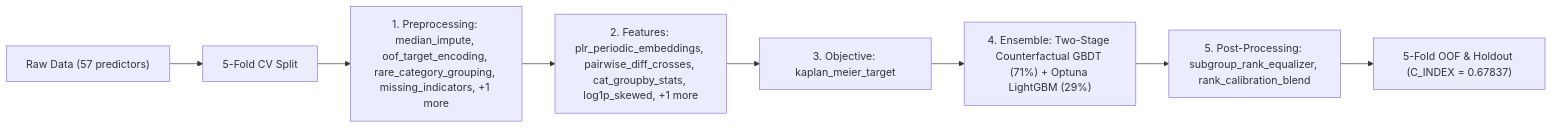
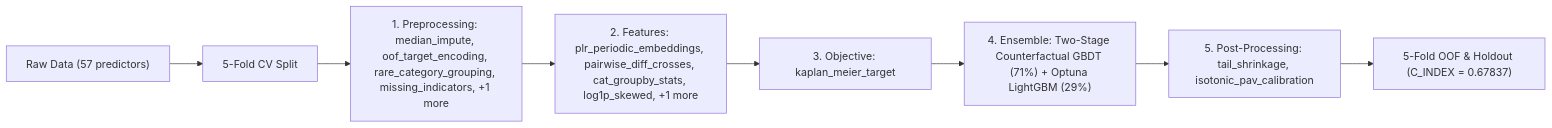
One commit to stefanoclss/CIBMTR-Equity-in-Post-HCT-Survival-Predictions changed the diagram in README.md. Above: the diagram before and after it, drawn with Mermaid. The commit also changed other lines of this file, not shown here.

````diff
--- a/README.md
+++ b/README.md
@@ -142,10 +143,10 @@
 ```mermaid
 flowchart LR
     DATA["Raw Data (57 predictors)"] --> SPLIT["5-Fold CV Split"]
     SPLIT --> PRE["1. Preprocessing: median_impute, oof_target_encoding, rare_category_grouping, missing_indicators, +1 more"]
     PRE --> FEAT["2. Features: plr_periodic_embeddings, pairwise_diff_crosses, cat_groupby_stats, log1p_skewed, +1 more"]
     FEAT --> OBJ["3. Objective: kaplan_meier_target"]
     OBJ --> M0["4. Ensemble: Two-Stage Counterfactual GBDT (71%) + Optuna LightGBM (29%)"]
-    M0 --> POST["5. Post-Processing: subgroup_rank_equalizer, rank_calibration_blend"]
+    M0 --> POST["5. Post-Processing: tail_shrinkage, isotonic_pav_calibration"]
     POST --> OUT["5-Fold OOF & Holdout (C_INDEX = 0.67837)"]
 ```
````
